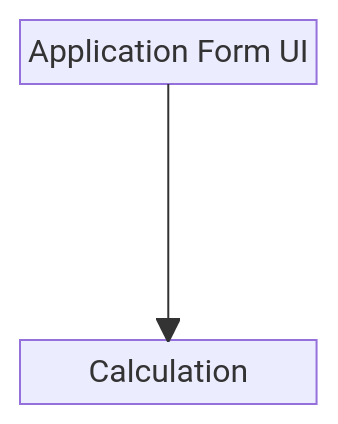
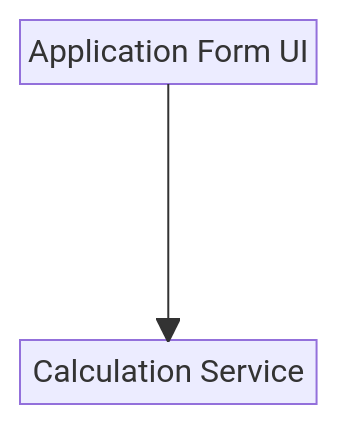
The third of 4 diagrams in architecture.md (DEFRA/ffc-rps-scratchpad), drawn with Mermaid before and after one commit. The commit also changed other lines of this file, not shown here.

Commit message:
sequence diagram tidy up

````diff
--- a/architecture.md
+++ b/architecture.md
@@ -60,12 +57,12 @@
 ```mermaid
 block-beta
     columns 1
 
     AppForm["Application Form UI"]
     space:3
 
-    Calculation["Calculation"]
+    Calculation["Calculation Service"]
 
     AppForm ----> Calculation
 
 ```
````
